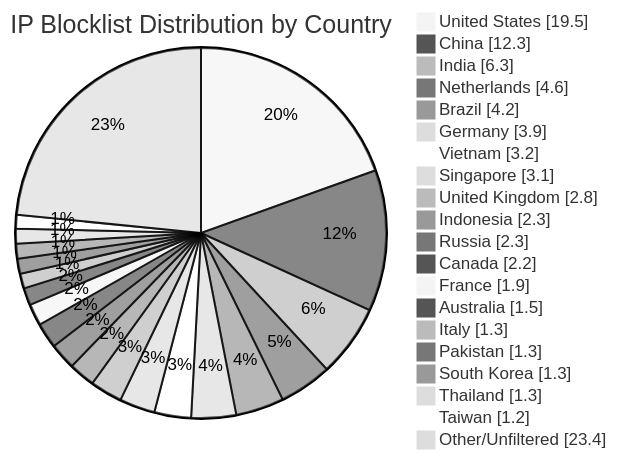
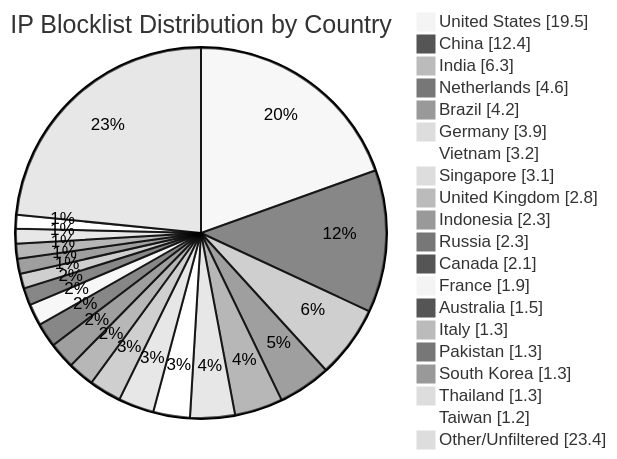
The diagram in README.md (dewdmadbro/ip-blocklist-dewd), drawn with Mermaid (neutral theme) before and after one commit. The commit also changed other lines of this file and 52 other files, not shown here.

````diff
--- a/README.md
+++ b/README.md
@@ -34,23 +34,23 @@
 ```mermaid
 pie showData title IP Blocklist Distribution by Country
 "United States" : 19.5
-"China" : 12.3
+"China" : 12.4
 "India" : 6.3
 "Netherlands" : 4.6
 "Brazil" : 4.2
 "Germany" : 3.9
 "Vietnam" : 3.2
 "Singapore" : 3.1
 "United Kingdom" : 2.8
 "Indonesia" : 2.3
 "Russia" : 2.3
-"Canada" : 2.2
+"Canada" : 2.1
 "France" : 1.9
 "Australia" : 1.5
 "Italy" : 1.3
 "Pakistan" : 1.3
 "South Korea" : 1.3
 "Thailand" : 1.3
 "Taiwan" : 1.2
 "Other/Unfiltered" : 23.4
 ```
````
